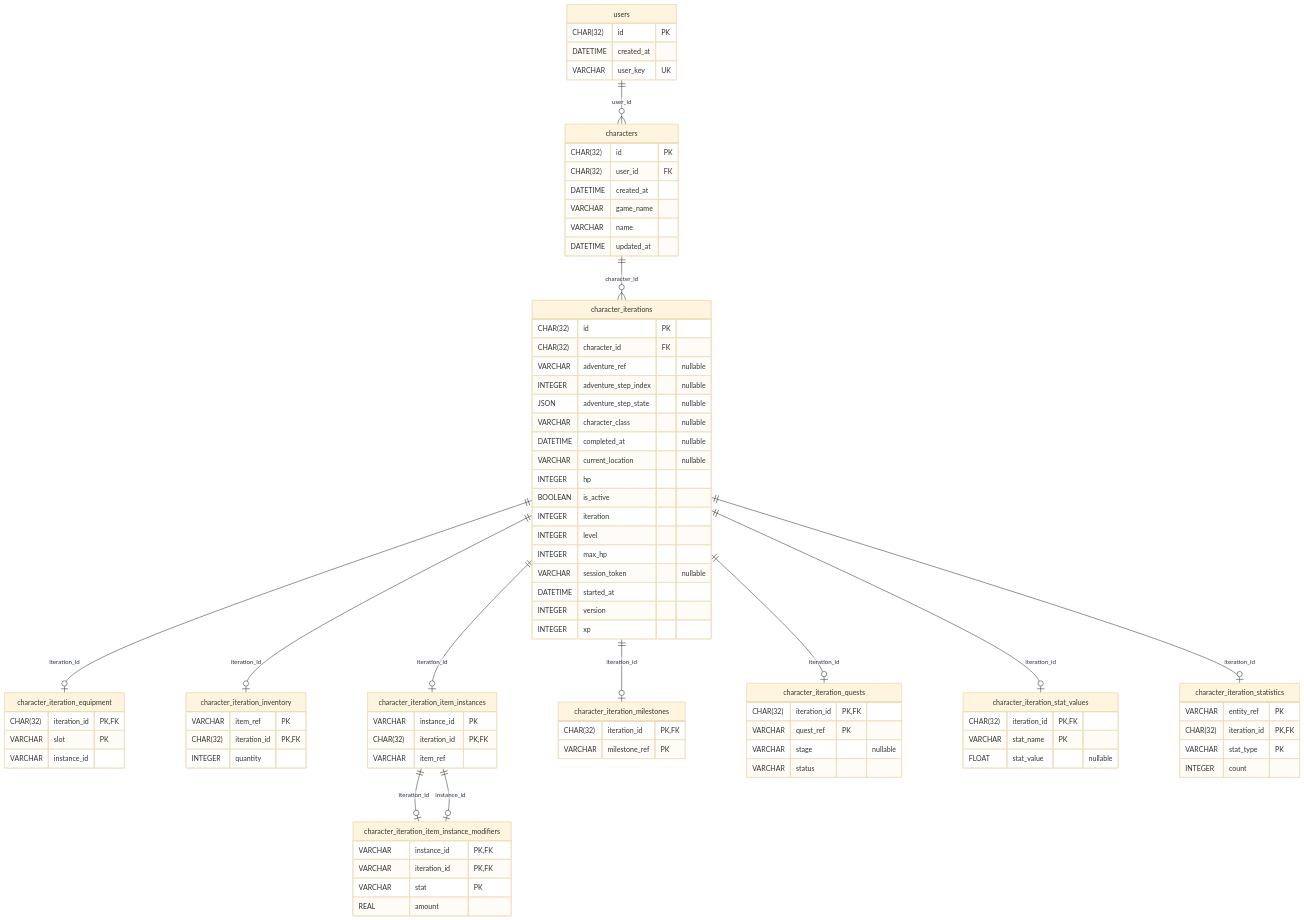
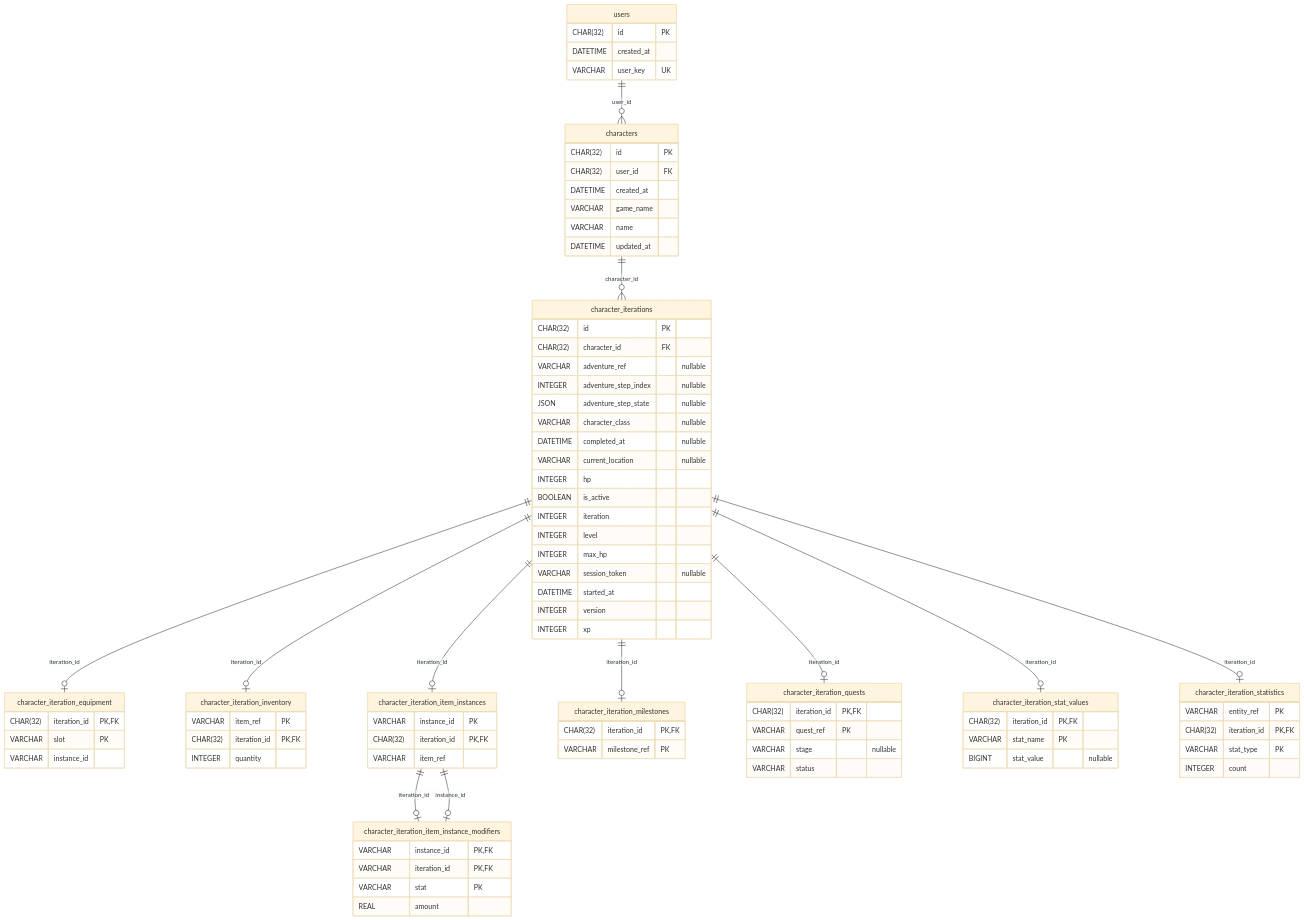
The diagram in docs/dev/database.md (tedivm/oscilla), drawn with Mermaid (base theme) before and after one commit. The commit also changed 39 other files, not shown here.

```diff
--- a/docs/dev/database.md
+++ b/docs/dev/database.md
@@ -816,7 +816,7 @@
   character_iteration_stat_values {
     CHAR(32) iteration_id PK,FK
     VARCHAR stat_name PK
-    FLOAT stat_value "nullable"
+    BIGINT stat_value "nullable"
   }
 
   character_iteration_statistics {
```
